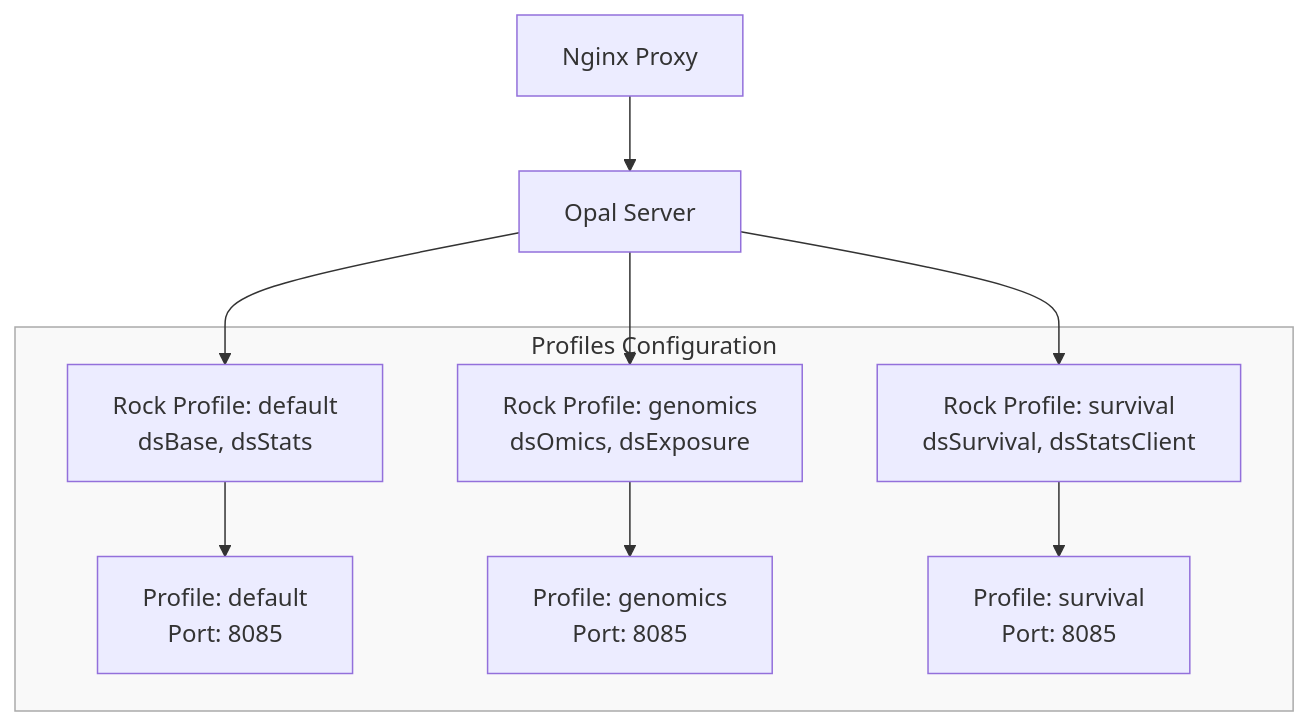
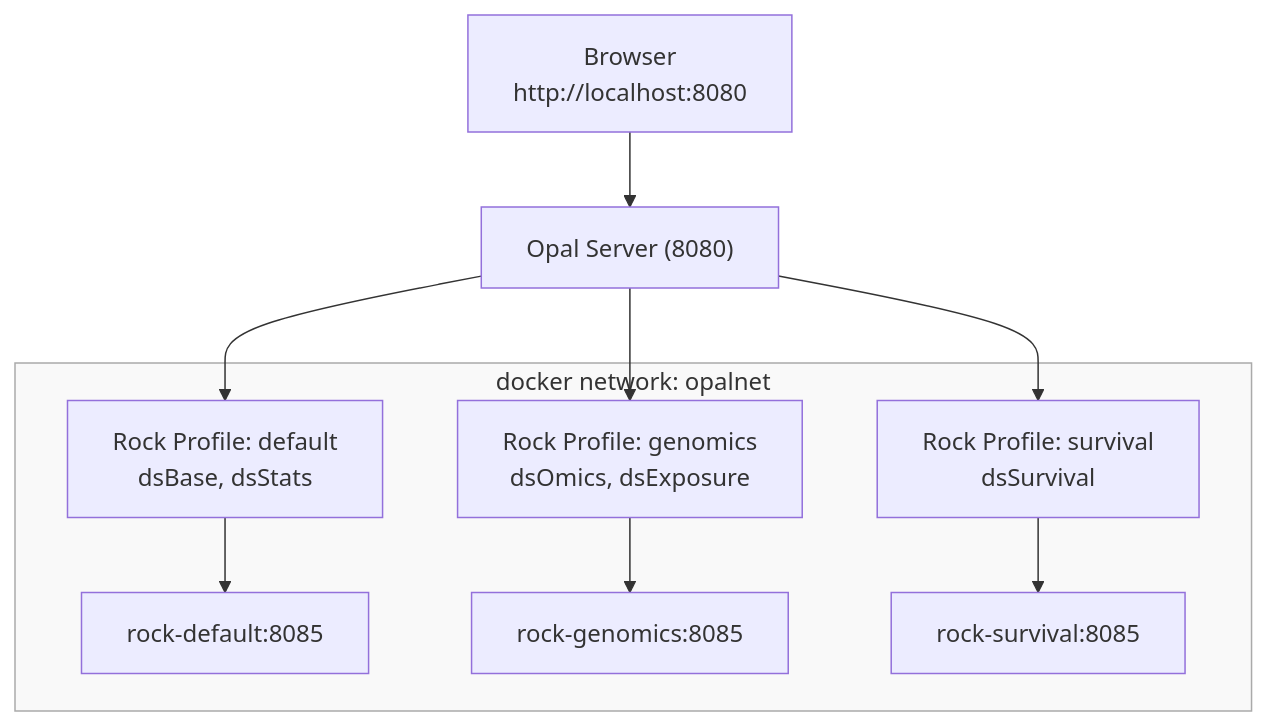
The diagram in website/3-add-profiles.qmd (ESCRI11/datashield-workshop-2025), drawn with Mermaid before and after one commit. The commit also changed other lines of this file and 6 other files, not shown here.

````diff
--- a/website/3-add-profiles.qmd
+++ b/website/3-add-profiles.qmd
@@ -39,16 +38,16 @@
 ```{mermaid}
 graph TB
-  N["Nginx Proxy"] --> O["Opal Server"]
+  B["Browser<br/>http://localhost:8080"] --> O["Opal Server (8080)"]
   O --> R1["Rock Profile: default<br/>dsBase, dsStats"]
   O --> R2["Rock Profile: genomics<br/>dsOmics, dsExposure"] 
-  O --> R3["Rock Profile: survival<br/>dsSurvival, dsStatsClient"]
-  subgraph Profiles["Profiles Configuration"]
-    R1 --> P1["Profile: default<br/>Port: 8085"]
-    R2 --> P2["Profile: genomics<br/>Port: 8085"] 
-    R3 --> P3["Profile: survival<br/>Port: 8085"]
+  O --> R3["Rock Profile: survival<br/>dsSurvival"]
+  subgraph Profiles["docker network: opalnet"]
+    R1 --> P1["rock-default:8085"]
+    R2 --> P2["rock-genomics:8085"] 
+    R3 --> P3["rock-survival:8085"]
   end
 
   %% Define a lighter background for the subgraph
   classDef light fill:#f9f9f9,stroke:#aaa,stroke-width:1px;
   class Profiles light;
 ```
````
